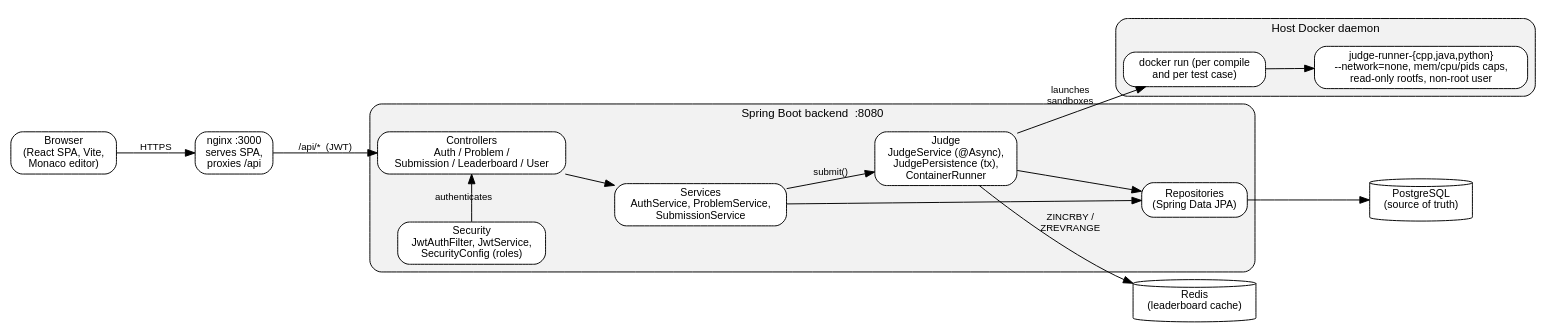
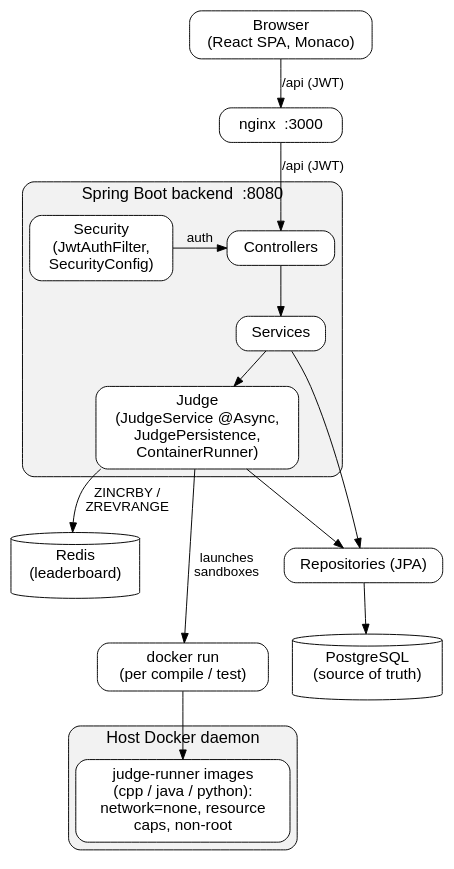
One commit to hosachaii/competitive-programming-platform changed the diagram in report/diagrams/architecture.dot. Above: the diagram before and after it, drawn with Graphviz. The commit also changed 26 other files, not shown here.

```diff
--- a/report/diagrams/architecture.dot
+++ b/report/diagrams/architecture.dot
@@ -1,49 +1,46 @@
-// System architecture of the competitive programming platform.
-// Render: dot -Tpng architecture.dot -o ../images/architecture.png
+// System architecture (portrait, compact so text stays large at \textwidth).
+// Render: dot -Tpng -Gdpi=300 architecture.dot -o ../images/architecture.png
 digraph architecture {
-  rankdir=LR;
+  rankdir=TB;
   bgcolor="white";
-  graph [fontname="Helvetica", fontsize=12, nodesep=0.35, ranksep=0.7];
-  node  [fontname="Helvetica", fontsize=11, shape=box, style="rounded,filled", fillcolor="white", color="black"];
-  edge  [fontname="Helvetica", fontsize=10, color="black"];
+  graph [fontname="Helvetica", fontsize=17, nodesep=0.35, ranksep=0.5];
+  node  [fontname="Helvetica", fontsize=16, shape=box, style="rounded,filled", fillcolor="white", color="black", margin="0.16,0.10"];
+  edge  [fontname="Helvetica", fontsize=14, color="black"];
 
-  client [label="Browser\n(React SPA, Vite,\nMonaco editor)"];
-
-  nginx [label="nginx :3000\nserves SPA,\nproxies /api"];
+  client [label="Browser\n(React SPA, Monaco)"];
+  nginx  [label="nginx  :3000"];
 
   subgraph cluster_backend {
     label="Spring Boot backend  :8080";
-    style="rounded,filled"; fillcolor="gray95"; color="black"; fontsize=12;
+    style="rounded,filled"; fillcolor="gray95"; color="black"; fontsize=17;
+    security    [label="Security\n(JwtAuthFilter,\nSecurityConfig)"];
+    controllers [label="Controllers"];
+    services    [label="Services"];
+    judge       [label="Judge\n(JudgeService @Async,\nJudgePersistence,\nContainerRunner)"];
+    repos       [label="Repositories (JPA)"];
 
-    controllers [label="Controllers\nAuth / Problem /\nSubmission / Leaderboard / User"];
-    security    [label="Security\nJwtAuthFilter, JwtService,\nSecurityConfig (roles)"];
-    services    [label="Services\nAuthService, ProblemService,\nSubmissionService"];
-    judge       [label="Judge\nJudgeService (@Async),\nJudgePersistence (tx),\nContainerRunner"];
-    repos       [label="Repositories\n(Spring Data JPA)"];
-
-    controllers -> services;
-    controllers -> judge [style=invis];
-    security -> controllers [label="authenticates", constraint=false];
+    security -> controllers [label="auth"];
+    controllers -> services -> judge;
     services -> repos;
     judge -> repos;
-    services -> judge [label="submit()"];
+    { rank=same; security; controllers; }
   }
 
-  postgres [label="PostgreSQL\n(source of truth)", shape=cylinder, style=filled, fillcolor="white"];
-  redis    [label="Redis\n(leaderboard cache)", shape=cylinder, style=filled, fillcolor="white"];
+  postgres [label="PostgreSQL\n(source of truth)", shape=cylinder];
+  redis    [label="Redis\n(leaderboard)", shape=cylinder];
 
   subgraph cluster_sandbox {
     label="Host Docker daemon";
-    style="rounded,filled"; fillcolor="gray95"; color="black"; fontsize=12;
-    daemon [label="docker run (per compile\nand per test case)"];
-    runners [label="judge-runner-{cpp,java,python}\n--network=none, mem/cpu/pids caps,\nread-only rootfs, non-root user"];
+    style="rounded,filled"; fillcolor="gray95"; color="black"; fontsize=17;
+    daemon  [label="docker run\n(per compile / test)"];
+    runners [label="judge-runner images\n(cpp / java / python):\nnetwork=none, resource\ncaps, non-root"];
     daemon -> runners;
   }
 
-  client  -> nginx [label="HTTPS"];
-  nginx   -> controllers [label="/api/*  (JWT)"];
-  repos   -> postgres;
-  judge   -> redis [label="ZINCRBY /\nZREVRANGE"];
-  services -> redis [style=invis];
-  judge   -> daemon [label="launches\nsandboxes"];
+  client -> nginx -> controllers [label="/api (JWT)"];
+  repos  -> postgres;
+  judge  -> redis [label="ZINCRBY /\nZREVRANGE"];
+  judge  -> daemon [label="launches\nsandboxes"];
+  { rank=same; repos; redis; }
+  { rank=same; postgres; daemon; }
 }
```
